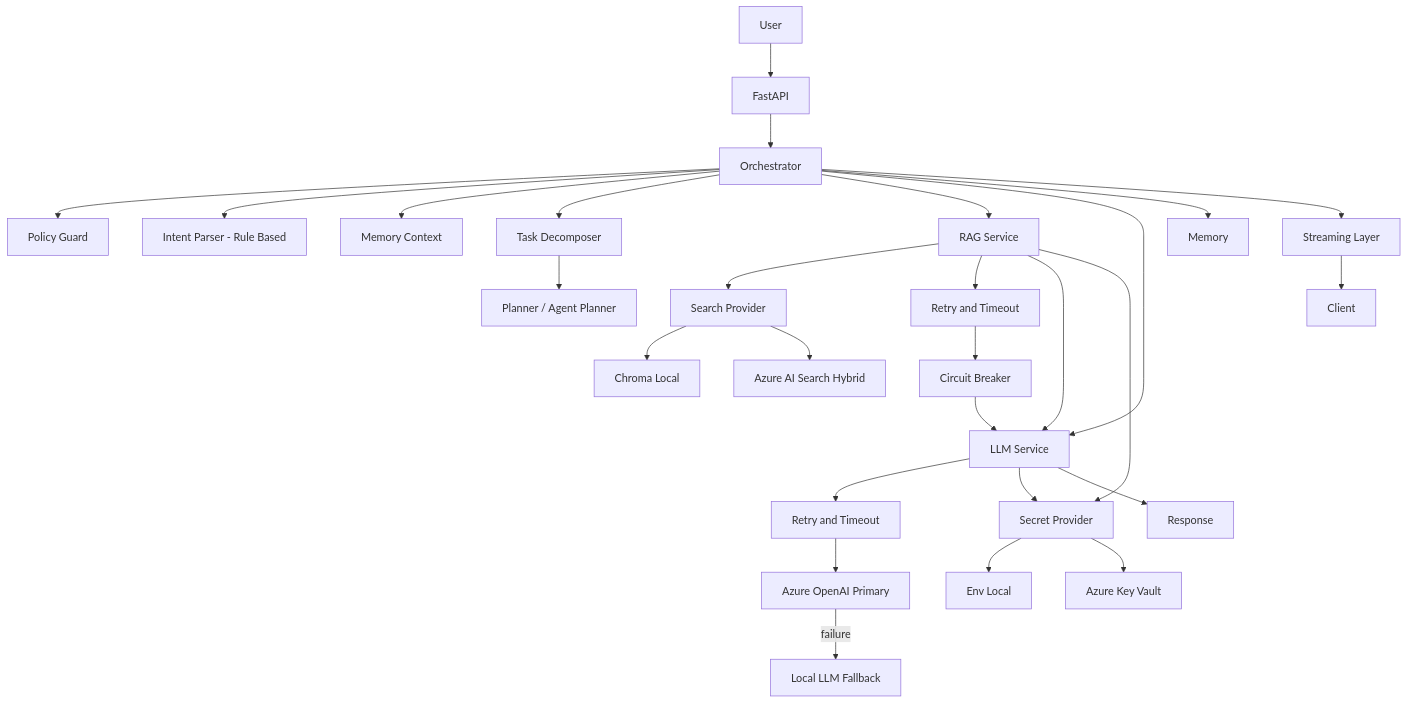
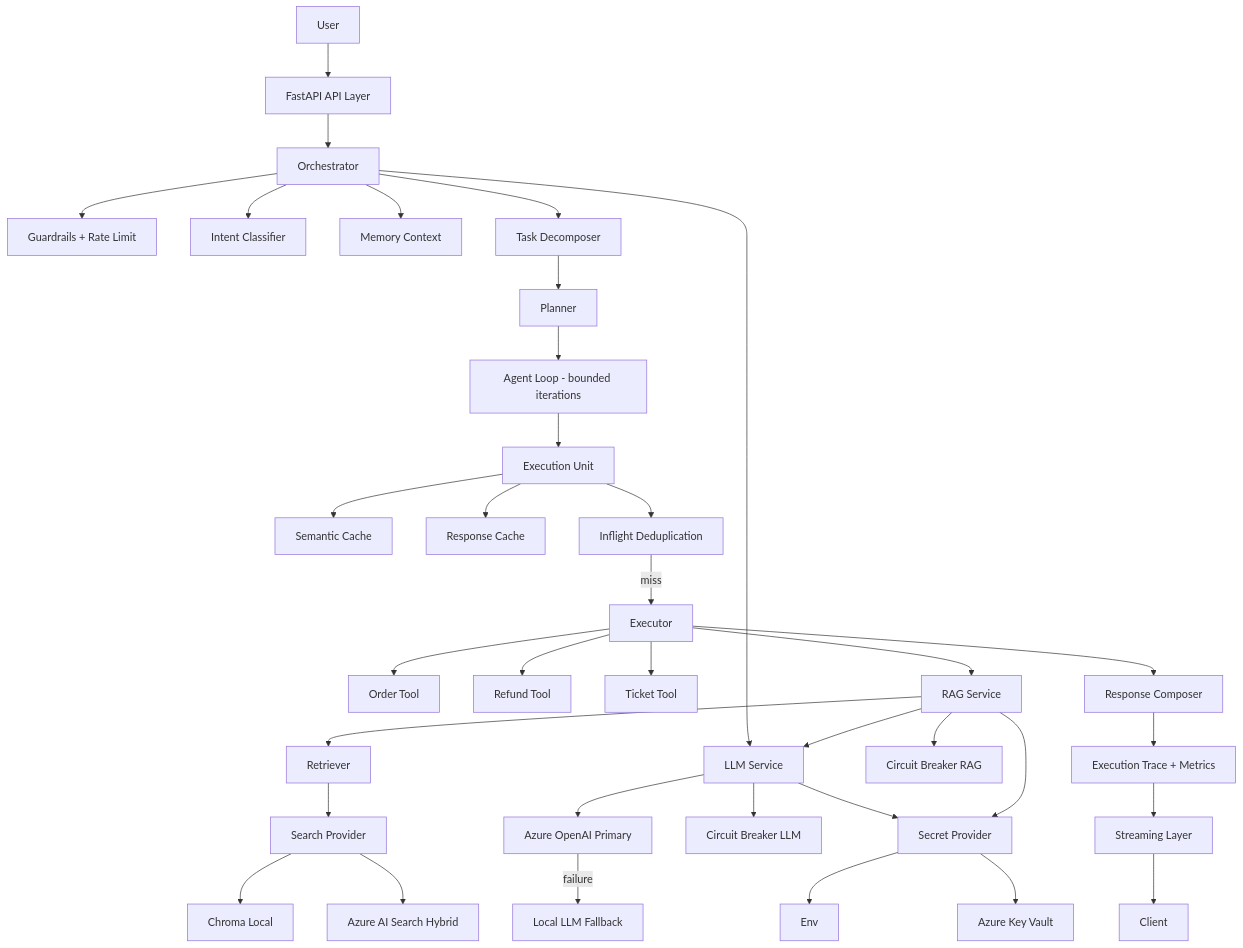
One commit to areddy1805/ai-customer-copilot changed the diagram in readme.md. Above: the diagram before and after it, drawn with Mermaid. The commit also changed other lines of this file, not shown here.

Commit message:
feat: refine README for clarity on deterministic AI execution and system architecture

````diff
--- a/readme.md
+++ b/readme.md
@@ -239,40 +276,65 @@
 ```mermaid
 flowchart TD
 
-A[User] --> B[FastAPI]
+A[User] --> B[FastAPI API Layer]
 B --> C[Orchestrator]
 
-C --> D[Policy Guard]
-C --> E[Intent Parser - Rule Based]
+%% -------- CONTROL LAYER --------
+C --> D[Guardrails + Rate Limit]
+C --> E[Intent Classifier]
 C --> F[Memory Context]
+
+%% -------- PLANNING --------
 C --> G[Task Decomposer]
-G --> H[Planner / Agent Planner]
+G --> H[Planner]
 
-C --> I[RAG Service]
-I --> I4[Search Provider]
-I4 --> I5[Chroma Local]
-I4 --> I6[Azure AI Search Hybrid]
+%% -------- AGENT LOOP --------
+H --> L[Agent Loop - bounded iterations]
 
-I --> R1[Retry and Timeout]
-R1 --> R2[Circuit Breaker]
+%% -------- EXECUTION UNIT --------
+L --> X[Execution Unit]
 
-C --> J[LLM Service]
-I --> J
+X --> C1[Semantic Cache]
+X --> C2[Response Cache]
+X --> C3[Inflight Deduplication]
 
-J --> J1[Retry and Timeout]
-J1 --> J2[Azure OpenAI Primary]
-J2 -->|failure| J3[Local LLM Fallback]
+C3 -->|miss| E1[Executor]
 
-J --> S[Secret Provider]
-S --> S1[Env Local]
-S --> S2[Azure Key Vault]
-I --> S
+%% -------- TOOL-FIRST EXECUTION --------
+E1 --> T1[Order Tool]
+E1 --> T2[Refund Tool]
+E1 --> T3[Ticket Tool]
 
-C --> N[Memory]
+%% -------- RAG --------
+E1 --> RAG[RAG Service]
+RAG --> R1[Retriever]
+R1 --> R2[Search Provider]
 
-C --> O[Streaming Layer]
+R2 --> R3[Chroma Local]
+R2 --> R4[Azure AI Search Hybrid]
+
+%% -------- LLM --------
+C --> LLM[LLM Service]
+RAG --> LLM
+
+LLM --> L1[Azure OpenAI Primary]
+L1 -->|failure| L2[Local LLM Fallback]
+
+%% -------- RESILIENCE --------
+LLM --> CB1[Circuit Breaker LLM]
+RAG --> CB2[Circuit Breaker RAG]
+
+%% -------- RESPONSE --------
+E1 --> RC[Response Composer]
+RC --> TRACE[Execution Trace + Metrics]
+
+TRACE --> O[Streaming Layer]
 O --> P[Client]
 
-J --> Z[Response]
-R2 --> J
+%% -------- SECRETS --------
+LLM --> S[Secret Provider]
+RAG --> S
+
+S --> S1[Env]
+S --> S2[Azure Key Vault]
 ```
````
